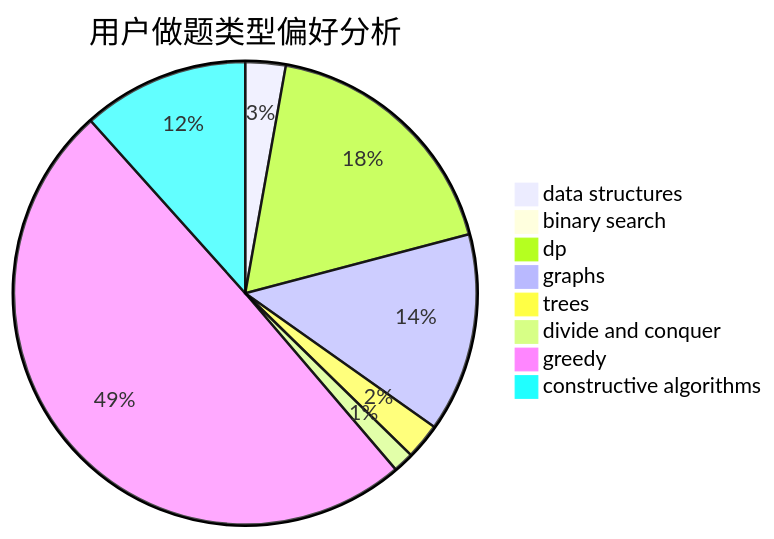
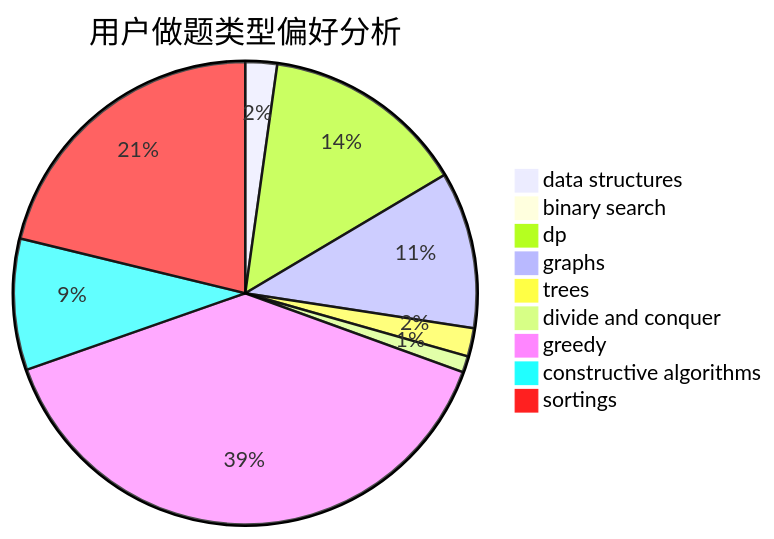
One commit to sherpahu/cfrs.github.io changed the second of 3 diagrams in docs/user/u159.md. Above: the diagram before and after it, drawn with Mermaid. The commit also changed other lines of this file and 2769 other files, not shown here.

````diff
--- a/docs/user/u159.md
+++ b/docs/user/u159.md
@@ -23,11 +18,12 @@
 ```mermaid
 pie title 用户做题类型偏好分析
     "data structures" :  37
     "binary search" :  7
     "dp" :  238
     "graphs" :  183
     "trees" :  33
     "divide and conquer" :  19
     "greedy" :  653
     "constructive algorithms" :  153
+    "sortings" :  354
 ```
````
